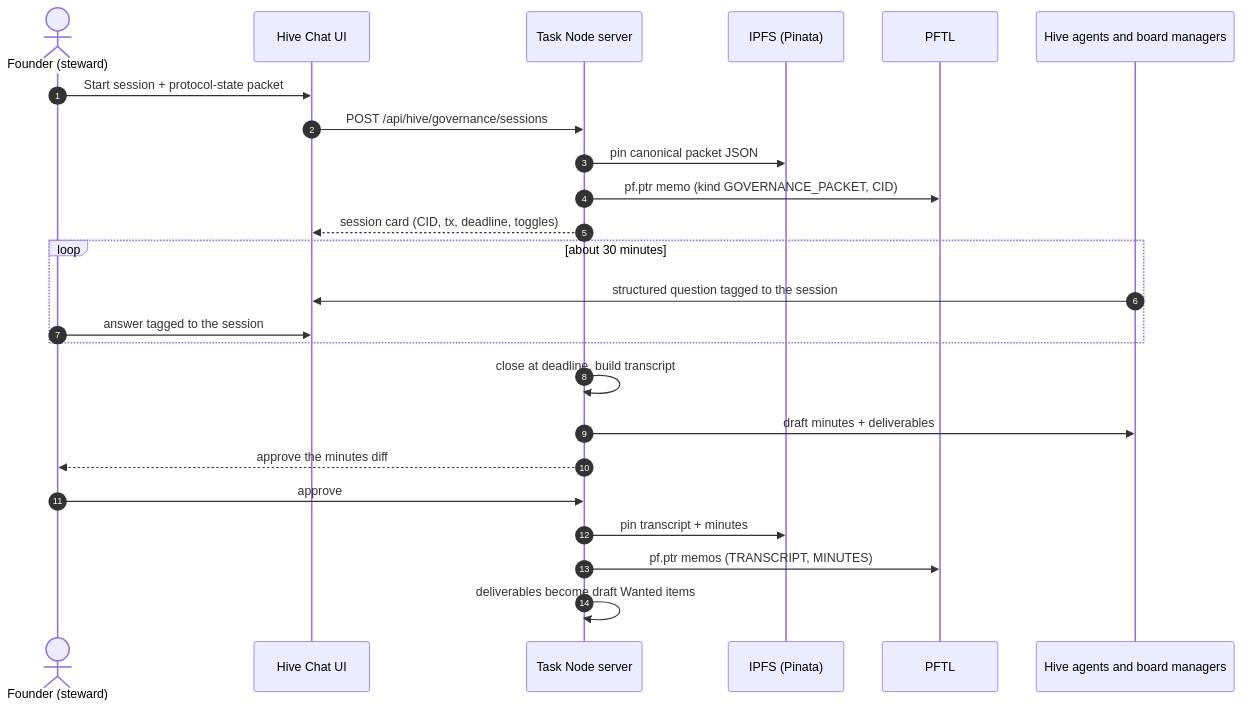
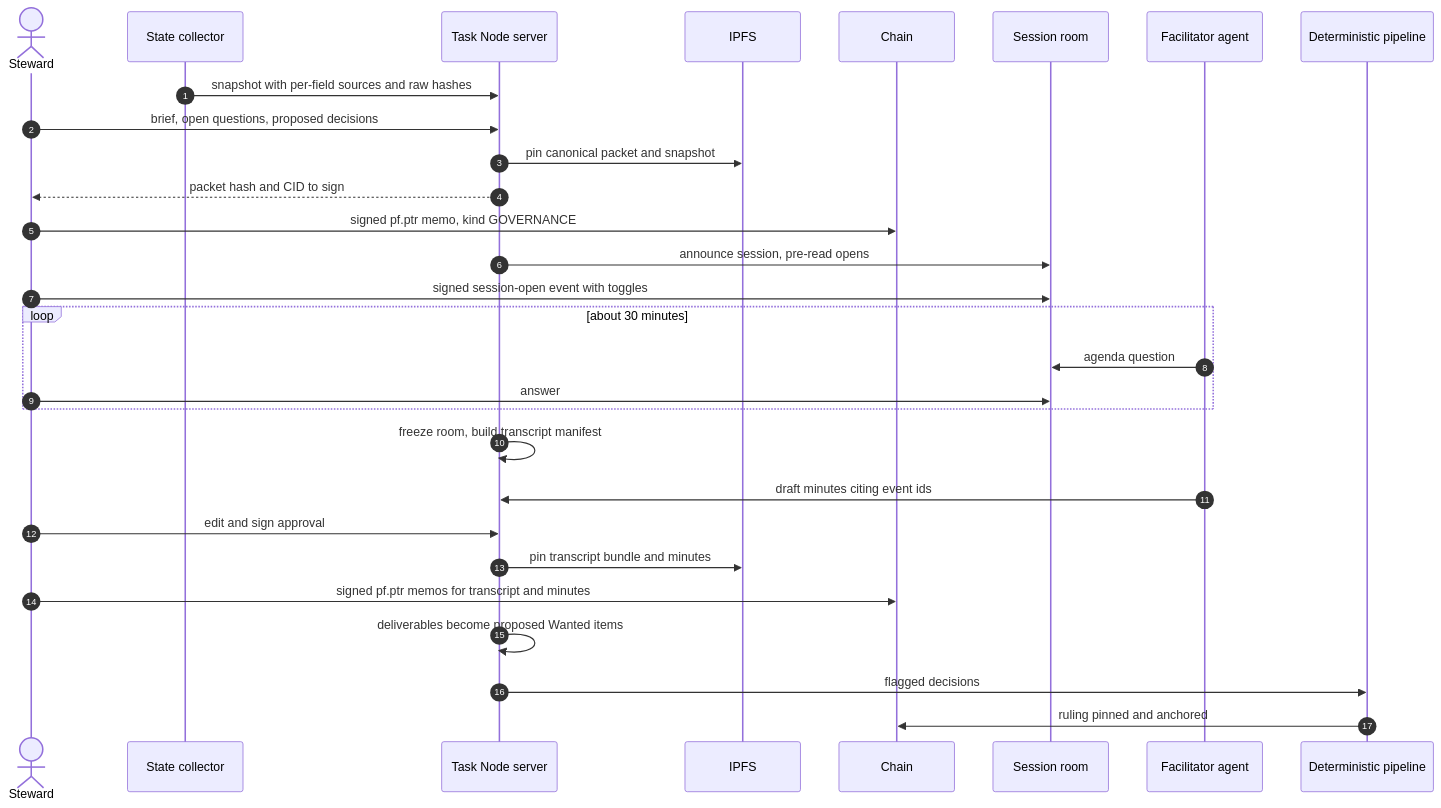
The first of 2 diagrams in big_milestone/pillars/01-hive-governance.md (postfiatorg/postfiatl1v2), drawn with Mermaid before and after one commit. The commit also changed other lines of this file and 44 other files, not shown here.

````diff
--- a/big_milestone/pillars/01-hive-governance.md
+++ b/big_milestone/pillars/01-hive-governance.md
@@ -48,26 +69,31 @@
 ```mermaid
 sequenceDiagram
     autonumber
-    actor F as Founder (steward)
-    participant H as Hive Chat UI
+    actor F as Steward
+    participant C as State collector
     participant S as Task Node server
-    participant I as IPFS (Pinata)
-    participant L as PFTL
-    participant A as Hive agents and board managers
-    F->>H: Start session + protocol-state packet
-    H->>S: POST /api/hive/governance/sessions
-    S->>I: pin canonical packet JSON
-    S->>L: pf.ptr memo (kind GOVERNANCE_PACKET, CID)
-    S-->>H: session card (CID, tx, deadline, toggles)
+    participant I as IPFS
+    participant L as Chain
+    participant H as Session room
+    participant A as Facilitator agent
+    participant D as Deterministic pipeline
+    C->>S: snapshot with per-field sources and raw hashes
+    F->>S: brief, open questions, proposed decisions
+    S->>I: pin canonical packet and snapshot
+    S-->>F: packet hash and CID to sign
+    F->>L: signed pf.ptr memo, kind GOVERNANCE
+    S->>H: announce session, pre-read opens
+    F->>H: signed session-open event with toggles
     loop about 30 minutes
-        A->>H: structured question tagged to the session
-        F->>H: answer tagged to the session
+        A->>H: agenda question
+        F->>H: answer
     end
-    S->>S: close at deadline, build transcript
-    S->>A: draft minutes + deliverables
-    S-->>F: approve the minutes diff
-    F->>S: approve
-    S->>I: pin transcript + minutes
-    S->>L: pf.ptr memos (TRANSCRIPT, MINUTES)
-    S->>S: deliverables become draft Wanted items
+    S->>S: freeze room, build transcript manifest
+    A->>S: draft minutes citing event ids
+    F->>S: edit and sign approval
+    S->>I: pin transcript bundle and minutes
+    F->>L: signed pf.ptr memos for transcript and minutes
+    S->>S: deliverables become proposed Wanted items
+    S->>D: flagged decisions
+    D->>L: ruling pinned and anchored
 ```
````
